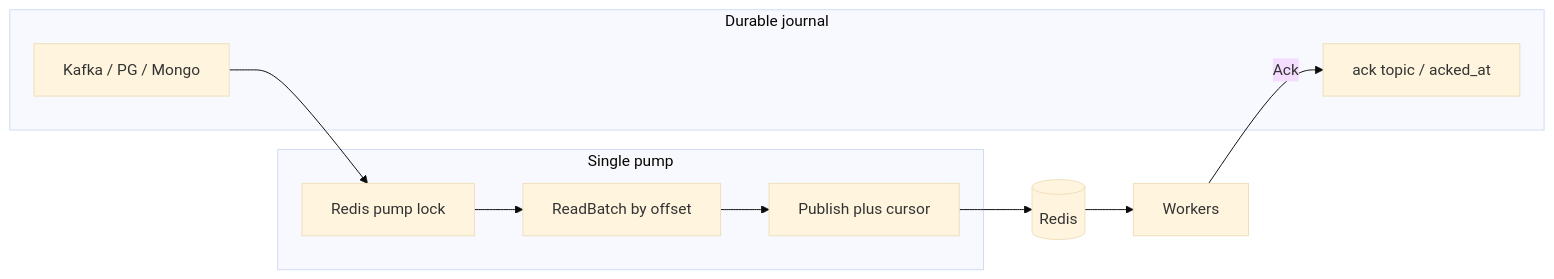
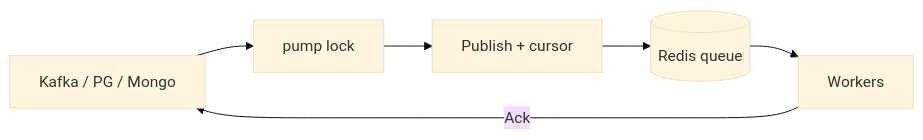
Before and after one commit to Rinsvent/smart-redis-queue: the diagram in docs/features/journal.md, drawn with Mermaid (base theme). The commit also changed other lines of this file and 12 other files, not shown here.

````diff
--- a/docs/features/journal.md
+++ b/docs/features/journal.md
@@ -14,16 +21,8 @@
 ```mermaid
 flowchart LR
-  subgraph durable [Durable journal]
-    In[Kafka / PG / Mongo]
-    AckStore[ack topic / acked_at]
-  end
-  subgraph bridge [Single pump]
-    Lock[Redis pump lock]
-    Read[ReadBatch by offset]
-    Pub[Publish plus cursor]
-  end
-  Redis[(Redis)]
-  W[Workers]
-  In --> Lock --> Read --> Pub --> Redis --> W
-  W -->|Ack| AckStore
+  J[Kafka / PG / Mongo] --> Lock[pump lock]
+  Lock --> Pub[Publish + cursor]
+  Pub --> Redis[(Redis queue)]
+  Redis --> W[Workers]
+  W -->|Ack| J
 ```
````
